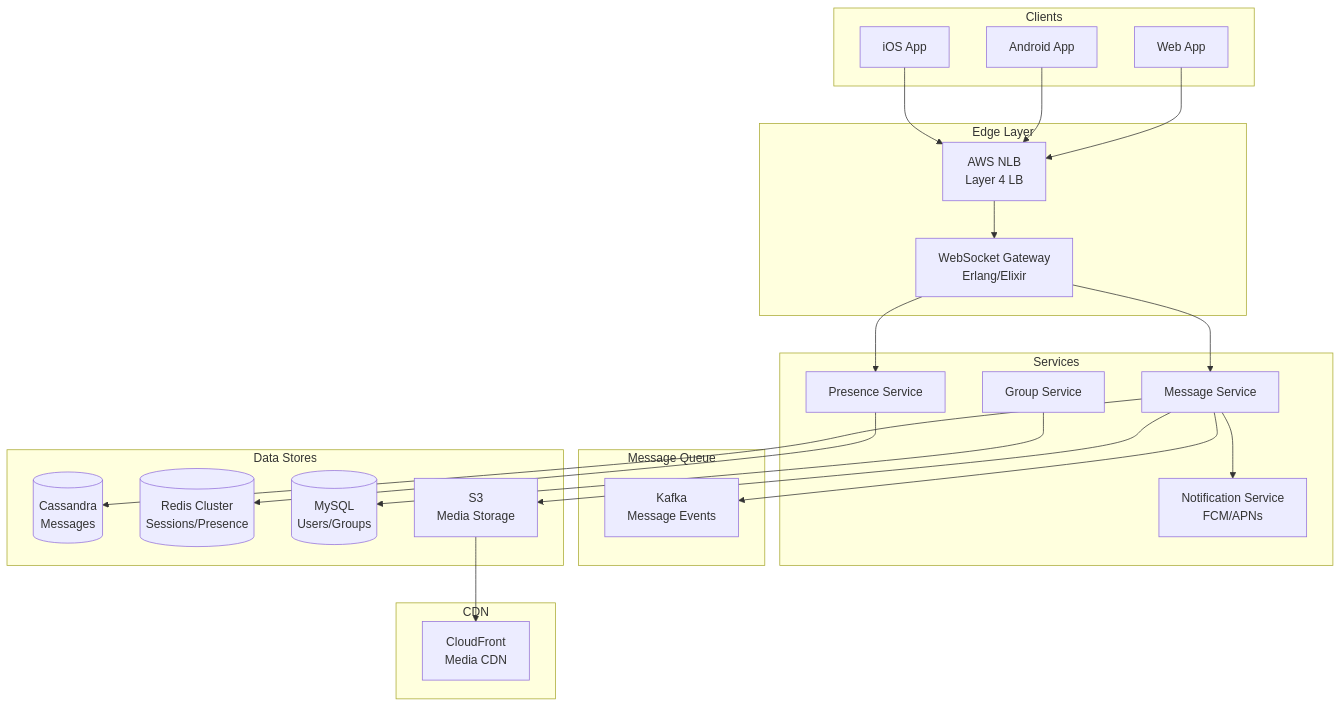
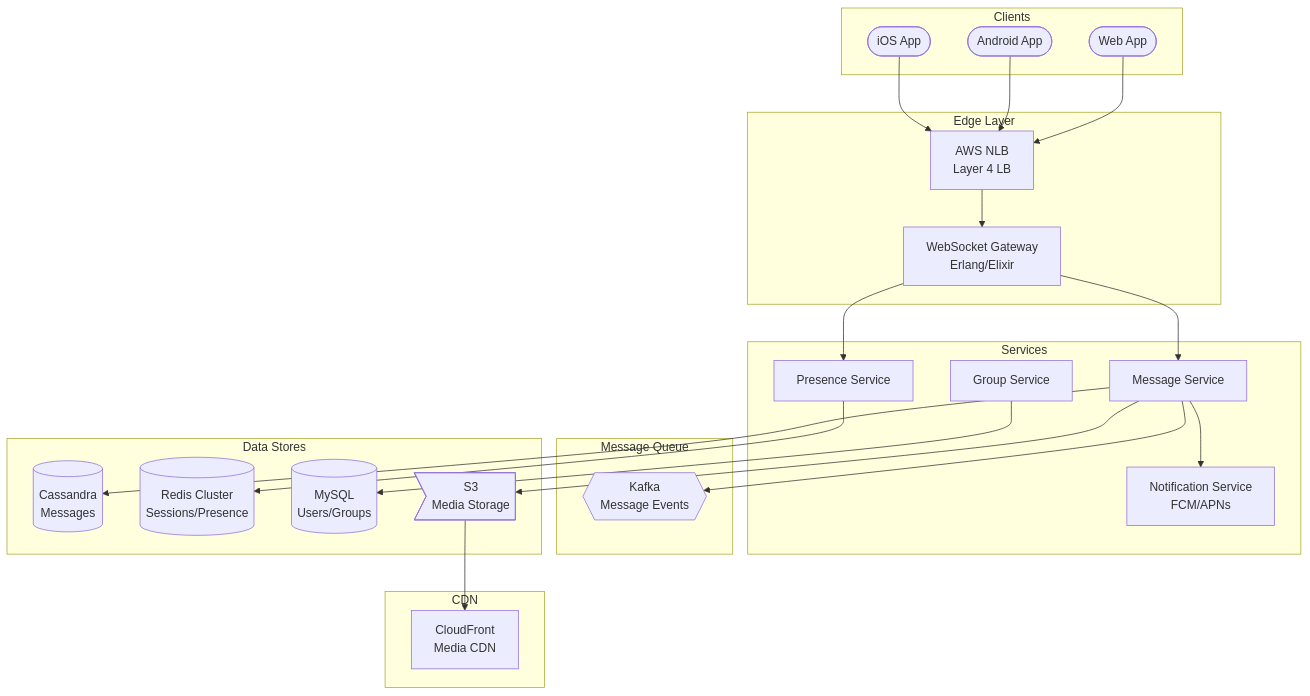
Before and after one commit to ShanmugaGanesh1999/Portfolio: the diagram in docs/prep/System Design/06-Case-Studies/15-whatsapp.md, drawn with Mermaid. The commit also changed 40 other files, not shown here.

First line of the commit message:
Refactor diagram node rendering to use reusable shape components

````diff
--- a/docs/prep/System Design/06-Case-Studies/15-whatsapp.md
+++ b/docs/prep/System Design/06-Case-Studies/15-whatsapp.md
@@ -49,49 +49,49 @@
 ```mermaid
 graph TD
     subgraph Clients
-        C1[iOS App]
-        C2[Android App]
-        C3[Web App]
+        C1([iOS App])
+        C2([Android App])
+        C3([Web App])
     end
     
     subgraph Edge Layer
         LB[AWS NLB<br/>Layer 4 LB]
         WSG[WebSocket Gateway<br/>Erlang/Elixir]
     end
     
     subgraph Services
         MS[Message Service]
         PS[Presence Service]
         GS[Group Service]
         NS[Notification Service<br/>FCM/APNs]
     end
     
     subgraph Message Queue
-        KAFKA[Kafka<br/>Message Events]
+        KAFKA{{Kafka<br/>Message Events}}
     end
     
     subgraph Data Stores
         CASSANDRA[(Cassandra<br/>Messages)]
         REDIS[(Redis Cluster<br/>Sessions/Presence)]
         MYSQL[(MySQL<br/>Users/Groups)]
-        S3[S3<br/>Media Storage]
+        S3>S3<br/>Media Storage]
     end
     
     subgraph CDN
         CF[CloudFront<br/>Media CDN]
     end
     
     C1 --> LB
     C2 --> LB
     C3 --> LB
     LB --> WSG
     WSG --> MS
     WSG --> PS
     MS --> KAFKA
     MS --> CASSANDRA
     MS --> S3
     S3 --> CF
     PS --> REDIS
     GS --> MYSQL
     MS --> NS
 ```
````
